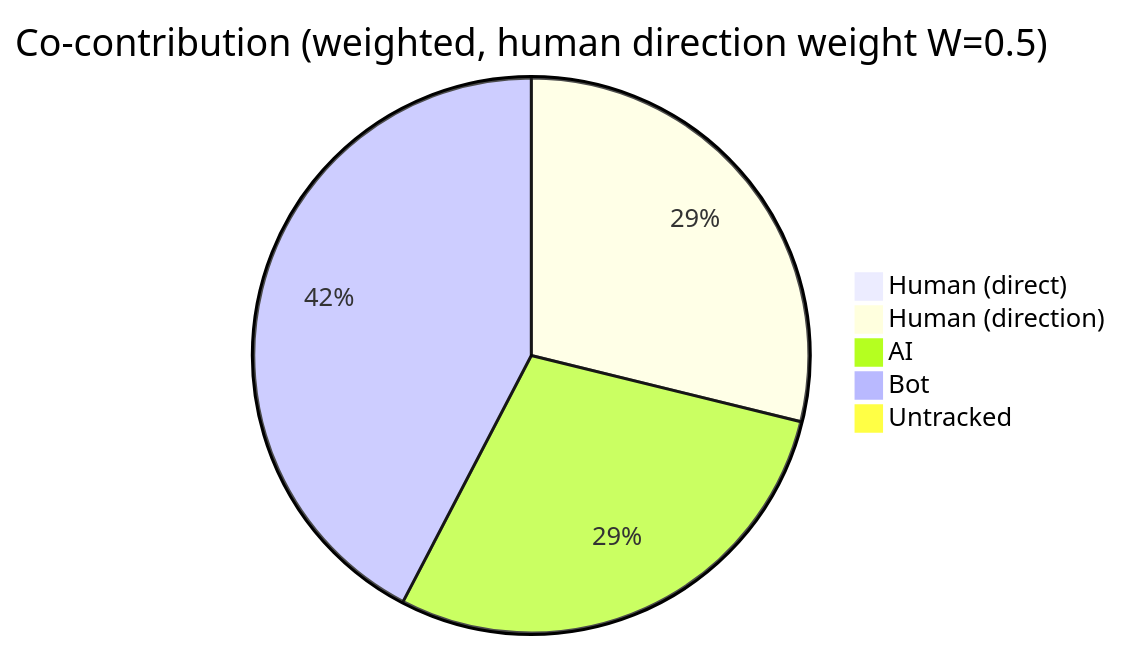
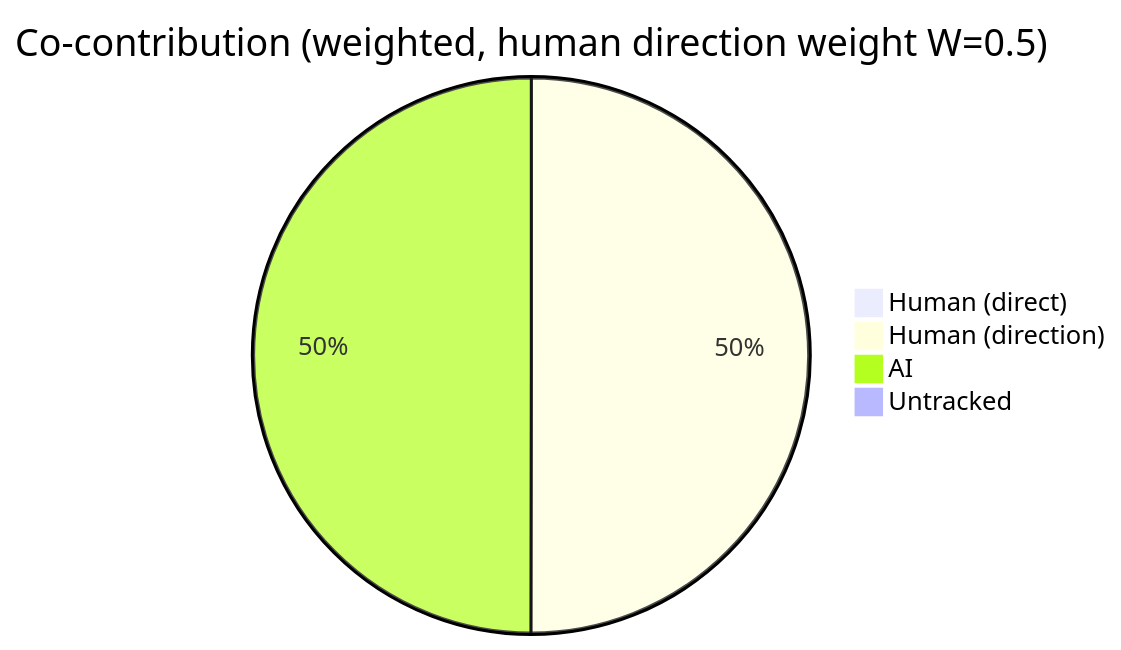
Before and after one commit to CaliMark/ai-authorship: the first of 4 diagrams in AI-AUTHORSHIP.md, drawn with Mermaid. The commit also changed other lines of this file and 5 other files, not shown here.

Commit message:
feat: tool/model breakdown pies, agent-idea provenance (Idea-By trailer), JSON schema v4

````diff
--- a/AI-AUTHORSHIP.md
+++ b/AI-AUTHORSHIP.md
@@ -22,8 +23,7 @@
 ```mermaid
 pie title Co-contribution (weighted, human direction weight W=0.5)
     "Human (direct)" : 0
     "Human (direction)" : 1156
     "AI" : 1155
-    "Bot" : 1698
     "Untracked" : 0
 ```
````
